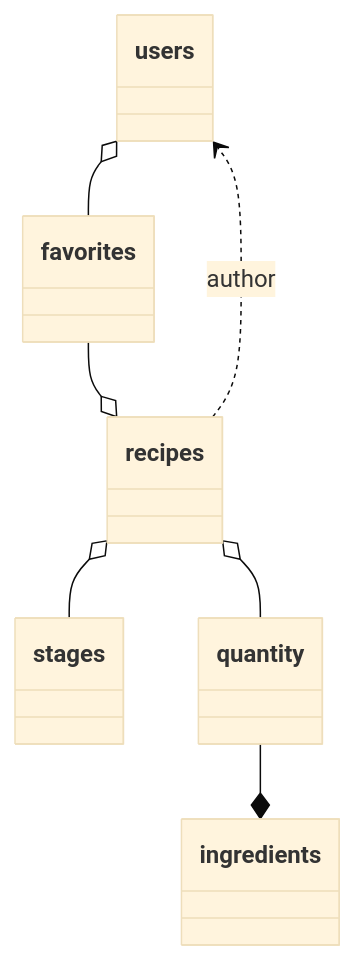
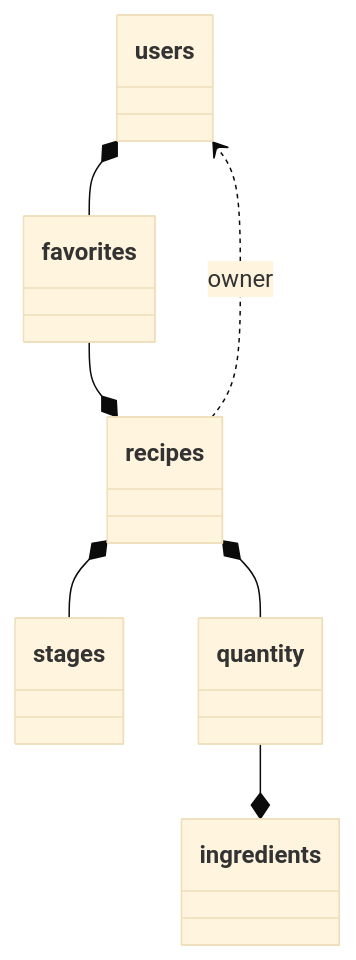
The second of 2 diagrams in README.md (evenremy/welsh-academy), drawn with Mermaid (base theme) before and after one commit. The commit also changed other lines of this file and 1 other file, not shown here.

````diff
--- a/README.md
+++ b/README.md
@@ -34,9 +73,9 @@
 ```mermaid
 classDiagram
-users o-- favorites
-favorites --o recipes
-recipes o-- stages
-recipes ..> users : author
-recipes o-- quantity
+users *-- favorites
+favorites --* recipes
+recipes *-- stages
+recipes ..> users : owner
+recipes *-- quantity
 quantity --* ingredients
 ```
````
